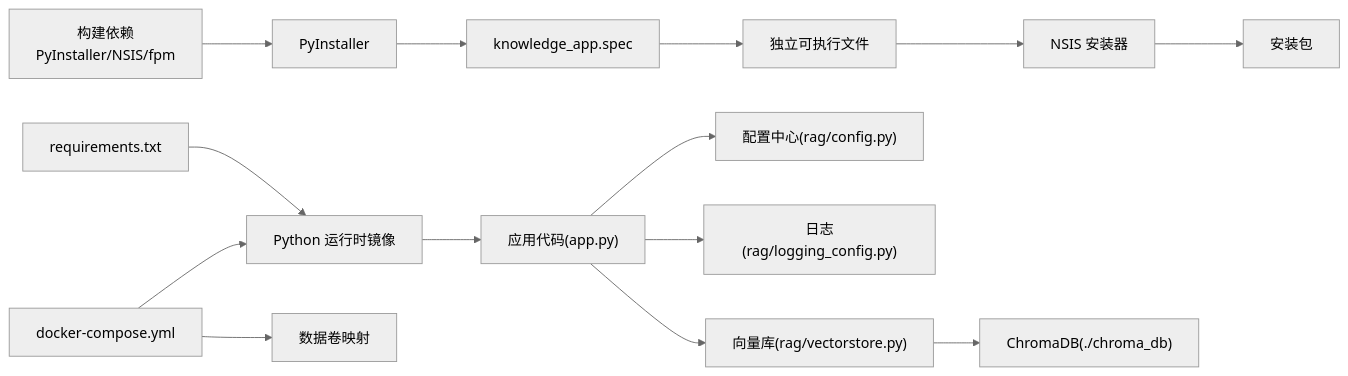
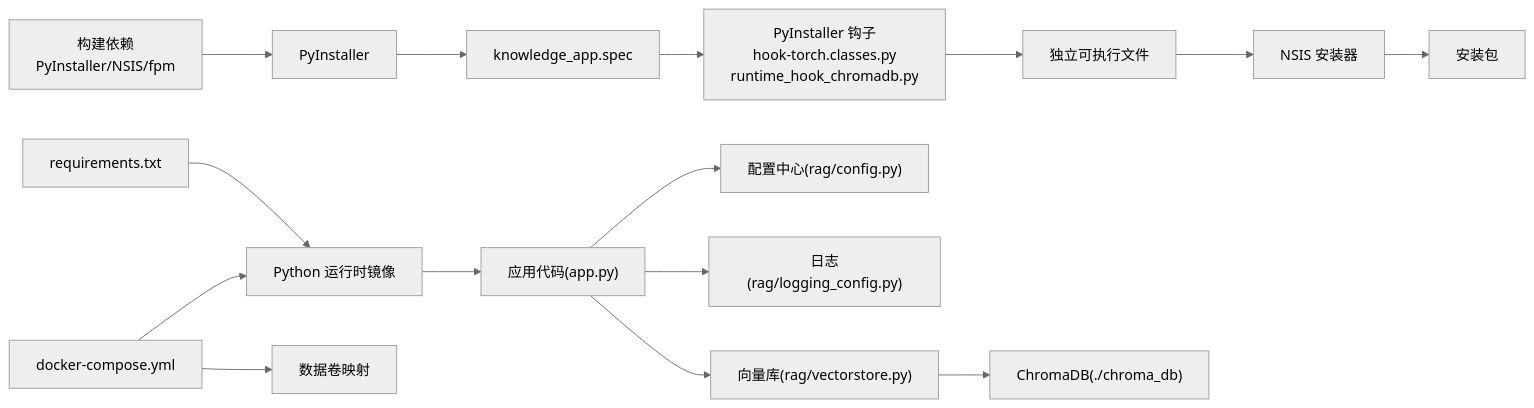
One commit to joyafa/knowledge changed the sixth of 6 diagrams in .qoder/repowiki/zh/content/部署与运维/部署与运维.md. Above: the diagram before and after it, drawn with Mermaid (neutral theme). The commit also changed other lines of this file and 18 other files, not shown here.

````diff
--- a/.qoder/repowiki/zh/content/部署与运维/部署与运维.md
+++ b/.qoder/repowiki/zh/content/部署与运维/部署与运维.md
@@ -350,16 +402,17 @@
 ```mermaid
 graph LR
 Req["requirements.txt"] --> Img["Python 运行时镜像"]
 Build["构建依赖<br/>PyInstaller/NSIS/fpm"] --> PyI["PyInstaller"]
 PyI --> Spec["knowledge_app.spec"]
-Spec --> Exe["独立可执行文件"]
+Spec --> Hooks["PyInstaller 钩子<br/>hook-torch.classes.py<br/>runtime_hook_chromadb.py"]
+Hooks --> Exe["独立可执行文件"]
 Exe --> NSIS["NSIS 安装器"]
 NSIS --> Installer["安装包"]
 Img --> App["应用代码(app.py)"]
 App --> Cfg["配置中心(rag/config.py)"]
 App --> Log["日志(rag/logging_config.py)"]
 App --> VS["向量库(rag/vectorstore.py)"]
 VS --> VDB["ChromaDB(./chroma_db)"]
 Compose["docker-compose.yml"] --> Img
 Compose --> Vols["数据卷映射"]
 ```
````
